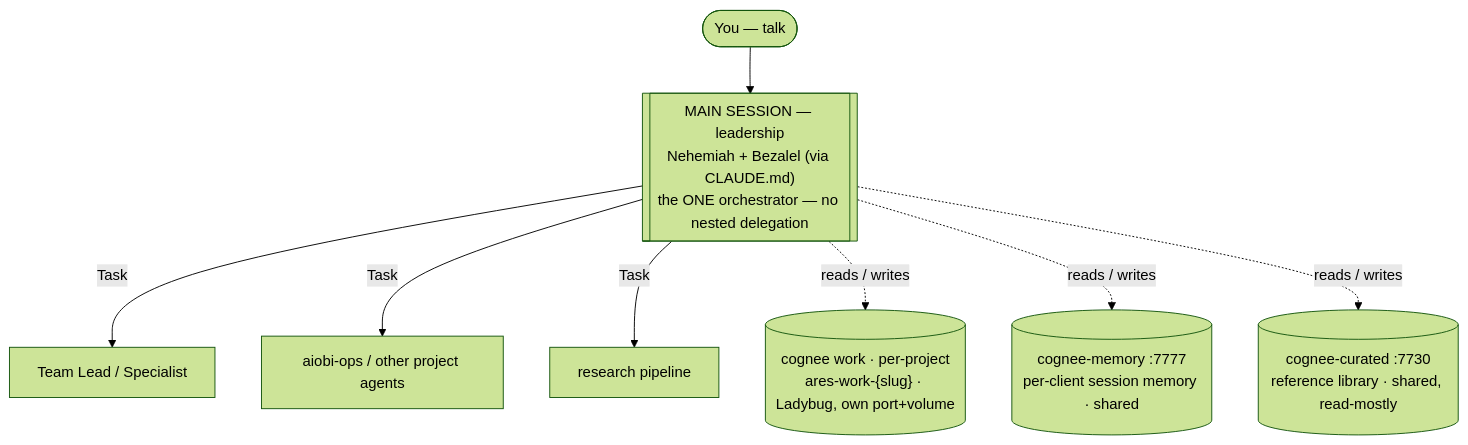
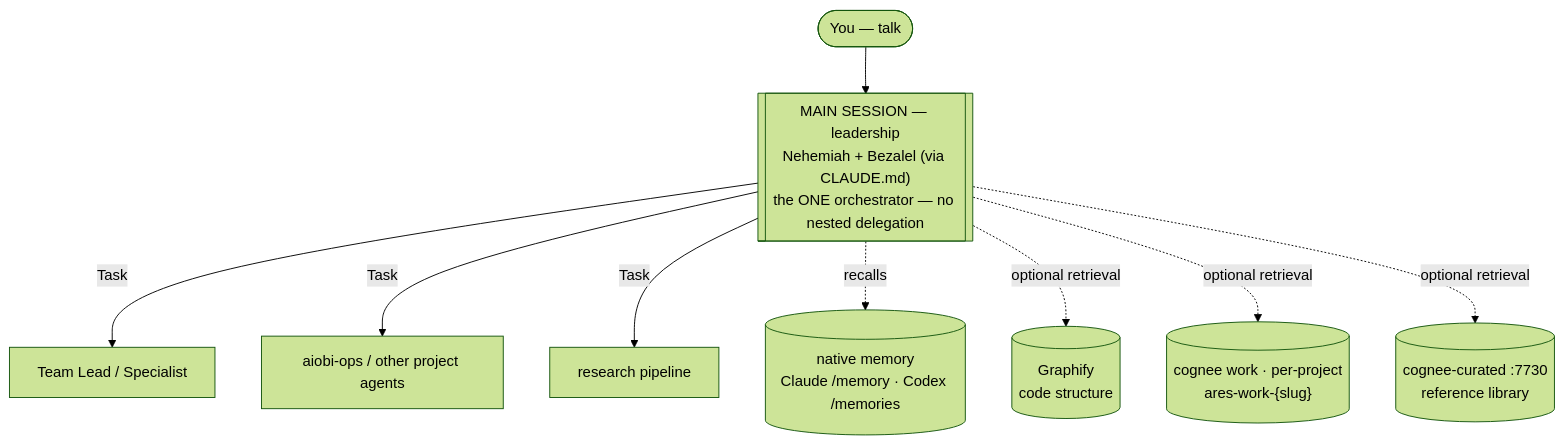
The diagram in docs/usage/README.md (mibienpanjoe/ares), drawn with Mermaid (forest theme) before and after one commit. The commit also changed other lines of this file and 19 other files, not shown here.

Commit message:
feat: default to native memory

````diff
--- a/docs/usage/README.md
+++ b/docs/usage/README.md
@@ -15,10 +16,11 @@
 ```mermaid
 flowchart TD
     You(["You — talk"]) --> MS[["MAIN SESSION — leadership<br/>Nehemiah + Bezalel (via CLAUDE.md)<br/>the ONE orchestrator — no nested delegation"]]
     MS -->|Task| TL["Team Lead / Specialist"]
     MS -->|Task| OPS["aiobi-ops / other project agents"]
     MS -->|Task| RP["research pipeline"]
-    MS -. reads / writes .-> WORK[("cognee work · per-project<br/>ares-work-{slug} · Ladybug, own port+volume")]
-    MS -. reads / writes .-> MEM[("cognee-memory :7777<br/>per-client session memory · shared")]
-    MS -. reads / writes .-> CUR[("cognee-curated :7730<br/>reference library · shared, read-mostly")]
+    MS -. recalls .-> NAT[("native memory<br/>Claude /memory · Codex /memories")]
+    MS -. optional retrieval .-> GFY[("Graphify<br/>code structure")]
+    MS -. optional retrieval .-> WORK[("cognee work · per-project<br/>ares-work-{slug}")]
+    MS -. optional retrieval .-> CUR[("cognee-curated :7730<br/>reference library")]
 ```
````
